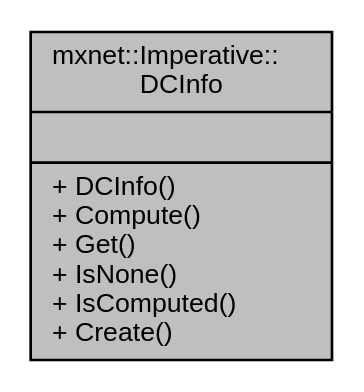
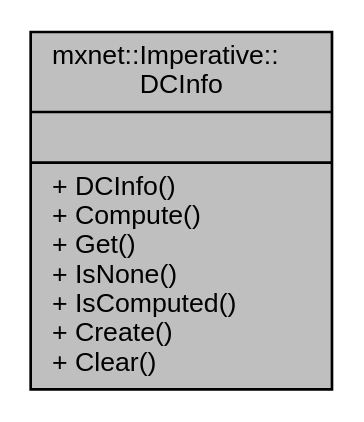
One commit to terrorizer1980/incubator-mxnet-site changed the diagram in versions/master/api/cpp/docs/api/classmxnet_1_1Imperative_1_1DCInfo__coll__graph.dot. Above: the diagram before and after it, drawn with Graphviz. The commit also changed 5472 other files, not shown here.

```diff
--- a/versions/master/api/cpp/docs/api/classmxnet_1_1Imperative_1_1DCInfo__coll__graph.dot
+++ b/versions/master/api/cpp/docs/api/classmxnet_1_1Imperative_1_1DCInfo__coll__graph.dot
@@ -1,7 +1,7 @@
 digraph "mxnet::Imperative::DCInfo"
 {
  // LATEX_PDF_SIZE
   edge [fontname="Helvetica",fontsize="10",labelfontname="Helvetica",labelfontsize="10"];
   node [fontname="Helvetica",fontsize="10",shape=record];
-  Node1 [label="{mxnet::Imperative::\lDCInfo\n||+ DCInfo()\l+ Compute()\l+ Get()\l+ IsNone()\l+ IsComputed()\l+ Create()\l}",height=0.2,width=0.4,color="black", fillcolor="grey75", style="filled", fontcolor="black",tooltip="DCInfo datastructure to enable deferred computation."];
+  Node1 [label="{mxnet::Imperative::\lDCInfo\n||+ DCInfo()\l+ Compute()\l+ Get()\l+ IsNone()\l+ IsComputed()\l+ Create()\l+ Clear()\l}",height=0.2,width=0.4,color="black", fillcolor="grey75", style="filled", fontcolor="black",tooltip="DCInfo datastructure to enable deferred computation."];
 }
```
